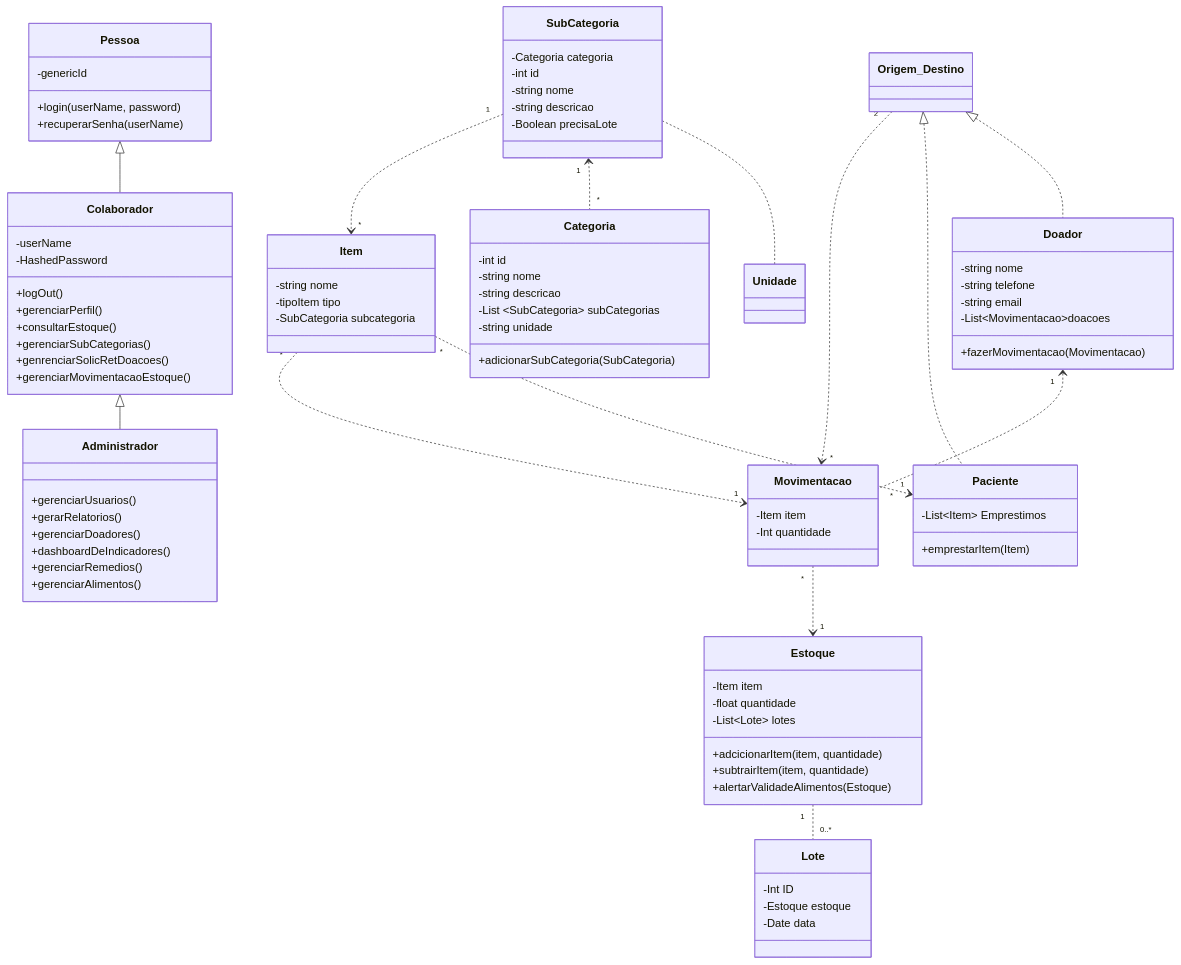
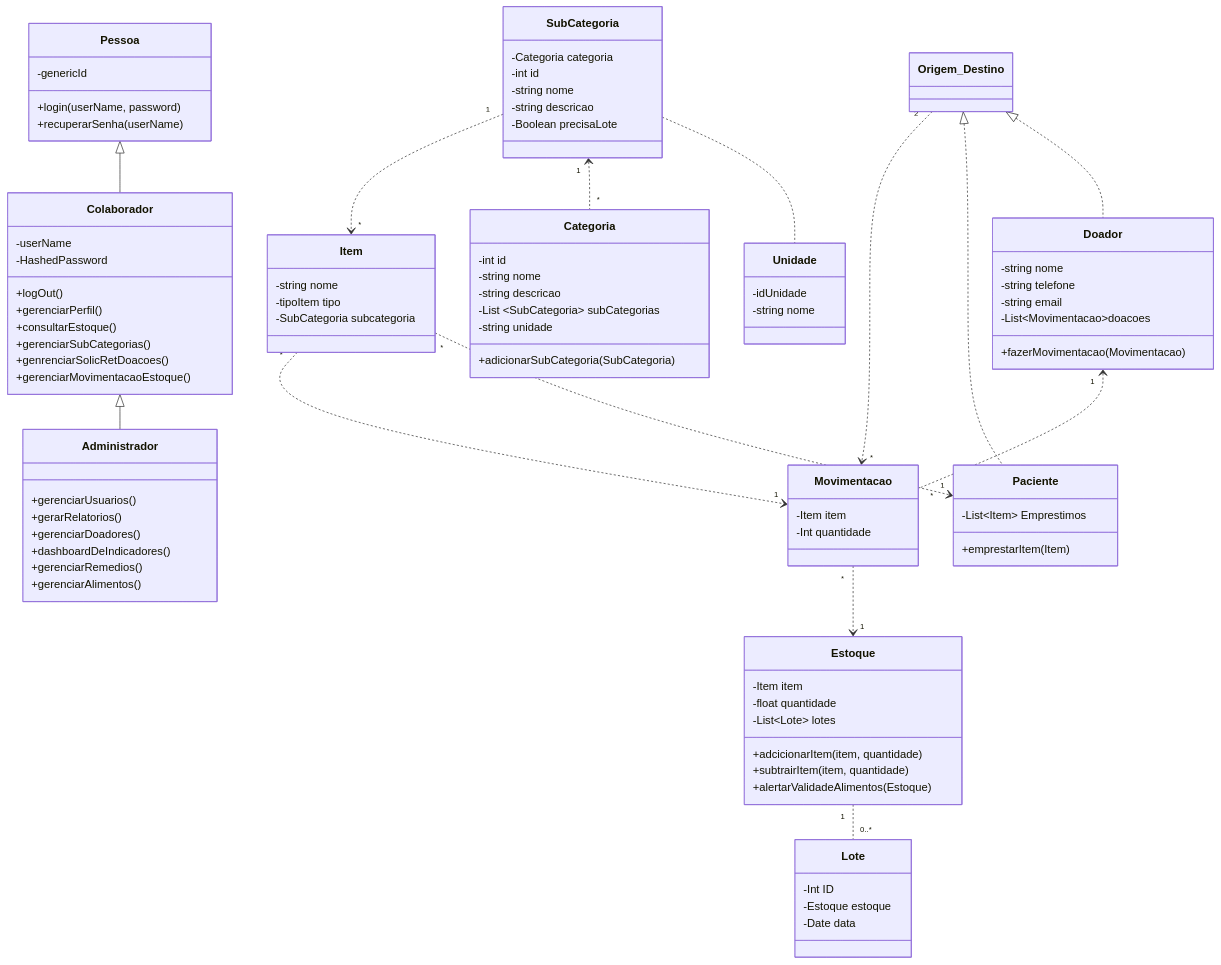
Before and after one commit to AlanAOliveira/adsgraca: the diagram in Diagramas de Classes/mermaidCode003.mmd, drawn with Mermaid. The commit also changed 1 other file, not shown here.

```diff
--- a/Diagramas de Classes/mermaidCode003.mmd
+++ b/Diagramas de Classes/mermaidCode003.mmd
@@ -1,102 +1,109 @@
 ---
 id: 5755f211-7c96-46fc-aa1f-ece978104aeb
 ---
 classDiagram
     Pessoa <|-- Colaborador
     Colaborador <|-- Administrador
     SubCategoria "1" ..> "*"Item
     SubCategoria "1"<.. "*"Categoria
     Item"*"..>"1"Movimentacao
     Movimentacao"*"..>"1"Estoque
     Doador"1"<.."*"Movimentacao
     Item"*"..>"1"Paciente
     Origem_Destino"2"..>"*"Movimentacao
     Origem_Destino<|..Paciente
     Origem_Destino<|..Doador
     SubCategoria..Unidade
     Estoque"1".."0..*"Lote
 
 
     class Pessoa{
         -genericId
         +login(userName, password)
         +recuperarSenha(userName)
     }    
 
     class Colaborador{
         -userName
         -HashedPassword
         +logOut()
         +gerenciarPerfil()
         +consultarEstoque()
         +gerenciarSubCategorias()
         +genrenciarSolicRetDoacoes()
         +gerenciarMovimentacaoEstoque()       
     }
 
     class Administrador{
         +gerenciarUsuarios()
         +gerarRelatorios()
         +gerenciarDoadores()
         +dashboardDeIndicadores()
         +gerenciarRemedios()
         +gerenciarAlimentos()
     }
 
     class Movimentacao{
         -Item item
         -Int quantidade
     }
 
     class Doador{
         -string nome
         -string telefone
         -string email
         -List~Movimentacao~doacoes
         +fazerMovimentacao(Movimentacao)
     }
 
     class Item{
         -string nome        
         -tipoItem tipo
         -SubCategoria subcategoria
         
     }
 
     class Categoria{
         -int id
         -string nome
         -string descricao
         -List ~SubCategoria~ subCategorias
         -string unidade
 
         +adicionarSubCategoria(SubCategoria)
     }
 
     class SubCategoria{
         -Categoria categoria
         -int id
         -string nome
         -string descricao
         -Boolean precisaLote
     }
 
     class Paciente{
         -List~Item~ Emprestimos
         +emprestarItem(Item)
     }
 
+ 
+
+    class Lote{
+        -Int ID
+        -Estoque estoque
+        -Date data
+    }
+
     class Estoque{
         -Item item
         -float quantidade
         -List~Lote~ lotes
         +adcicionarItem(item, quantidade)
         +subtrairItem(item, quantidade)
         +alertarValidadeAlimentos(Estoque)
     }
 
-    class Lote{
-        -Int ID
-        -Estoque estoque
-        -Date data
+    class Unidade{
+        -idUnidade
+        -string nome       
     }
```
